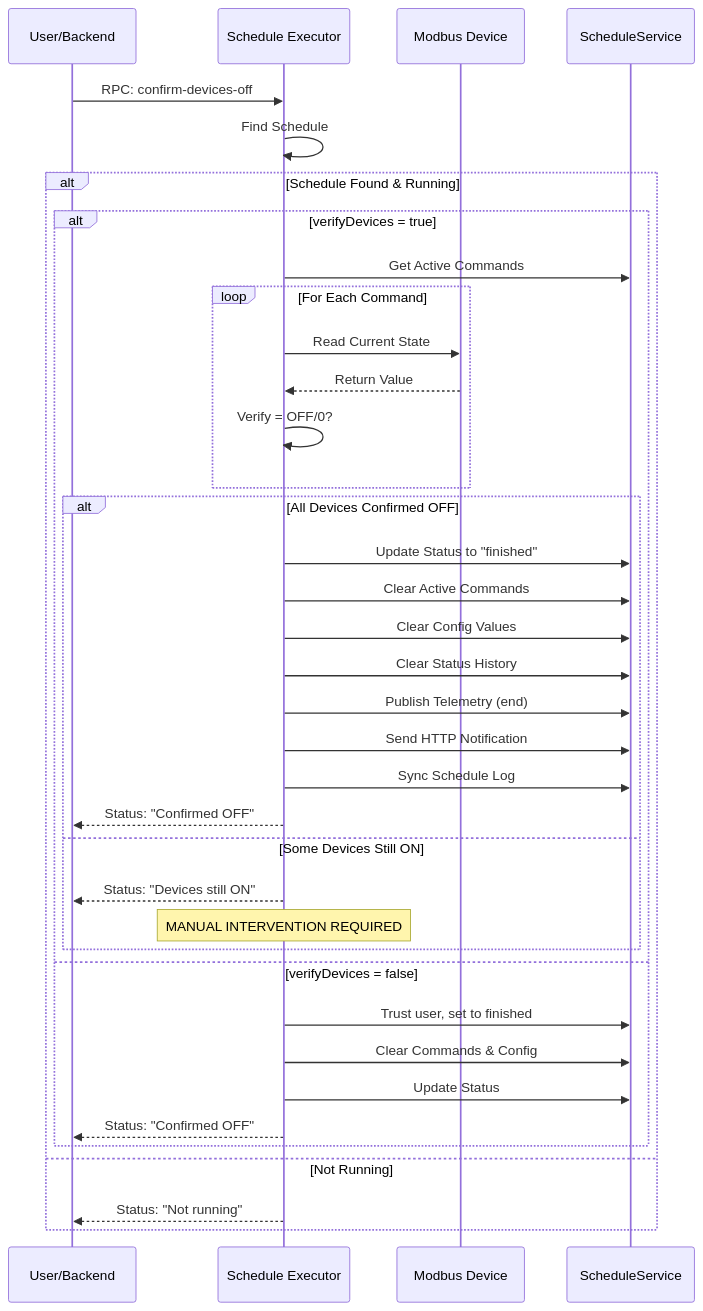
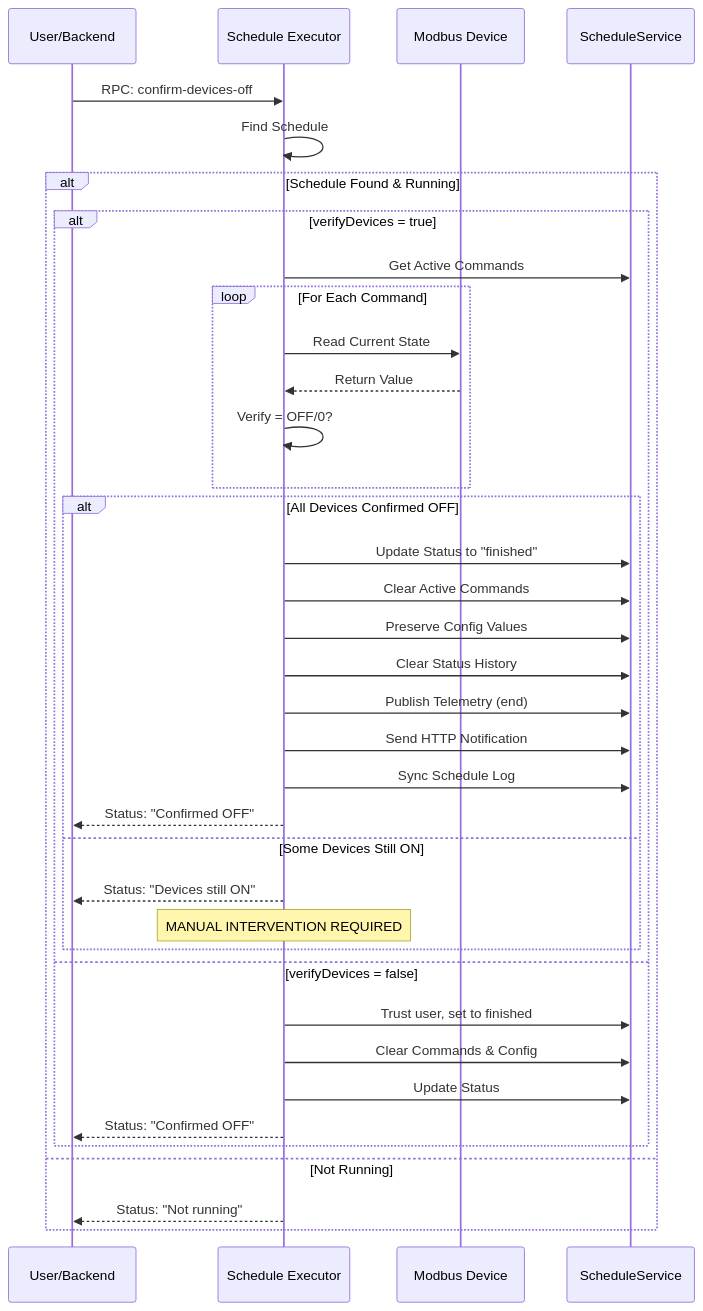
One commit to VIIS-IOT/viis-node-red changed the eighth of 19 diagrams in src/modules/viis-schedule-executor/docs/FLOW-DOCUMENTATION.md. Above: the diagram before and after it, drawn with Mermaid. The commit also changed other lines of this file and 16 other files, not shown here.

````diff
--- a/src/modules/viis-schedule-executor/docs/FLOW-DOCUMENTATION.md
+++ b/src/modules/viis-schedule-executor/docs/FLOW-DOCUMENTATION.md
@@ -679,44 +683,44 @@
 ```mermaid
 sequenceDiagram
     participant User as User/Backend
     participant Node as Schedule Executor
     participant Modbus as Modbus Device
     participant Service as ScheduleService
-    
+
     User->>Node: RPC: confirm-devices-off
     Node->>Node: Find Schedule
-    
+
     alt Schedule Found & Running
         alt verifyDevices = true
             Node->>Service: Get Active Commands
             loop For Each Command
                 Node->>Modbus: Read Current State
                 Modbus-->>Node: Return Value
                 Node->>Node: Verify = OFF/0?
             end
-            
+
             alt All Devices Confirmed OFF
                 Node->>Service: Update Status to "finished"
                 Node->>Service: Clear Active Commands
-                Node->>Service: Clear Config Values
+                Node->>Service: Preserve Config Values
                 Node->>Service: Clear Status History
-                
+
                 Node->>Service: Publish Telemetry (end)
                 Node->>Service: Send HTTP Notification
                 Node->>Service: Sync Schedule Log
-                
+
                 Node-->>User: Status: "Confirmed OFF"
             else Some Devices Still ON
                 Node-->>User: Status: "Devices still ON"
                 Note over Node: MANUAL INTERVENTION REQUIRED
             end
         else verifyDevices = false
             Node->>Service: Trust user, set to finished
             Node->>Service: Clear Commands & Config
             Node->>Service: Update Status
             Node-->>User: Status: "Confirmed OFF"
         end
     else Not Running
         Node-->>User: Status: "Not running"
     end
 ```
````
